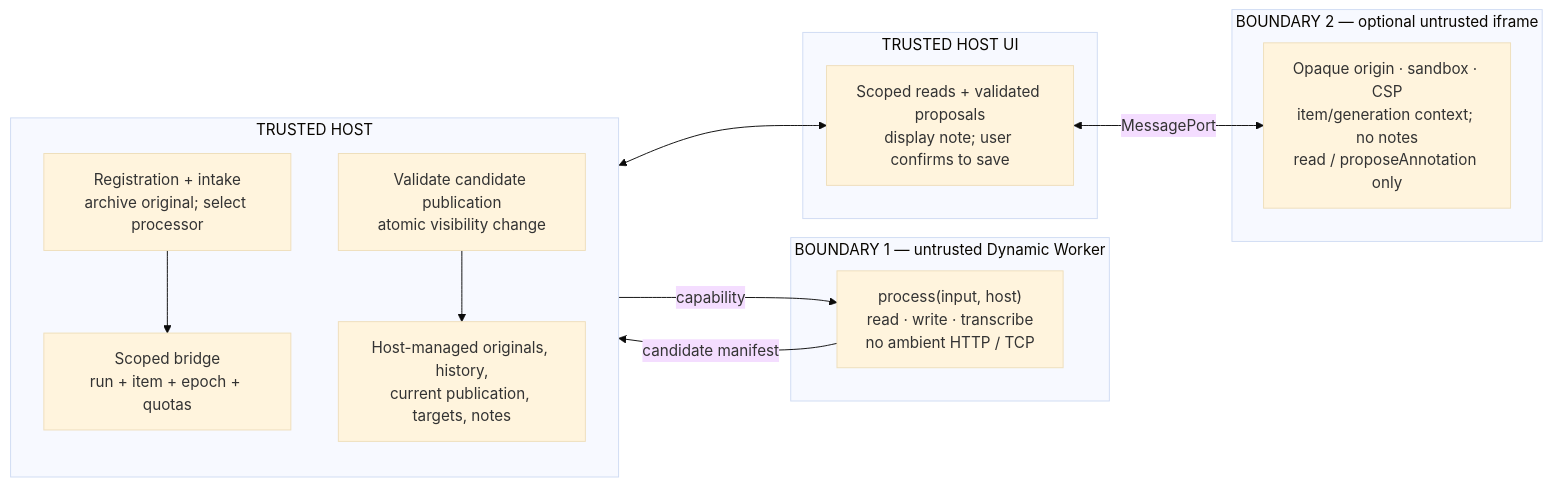
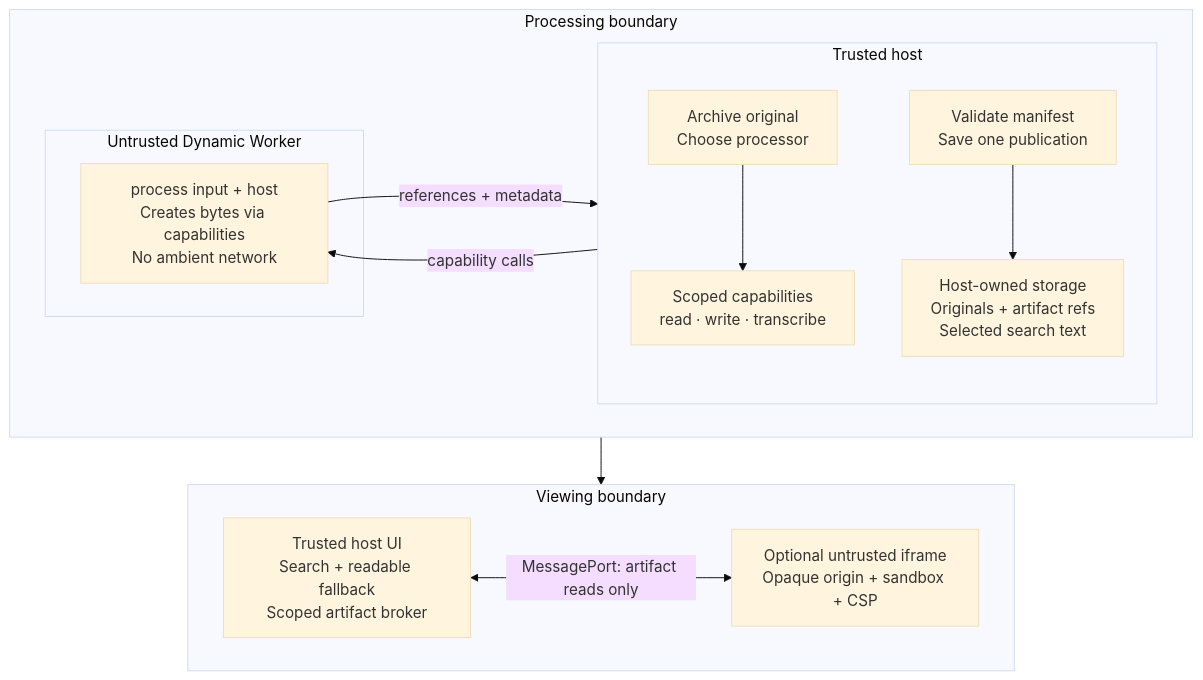
The diagram in docs/diagrams/authority-boundaries.mmd (jmorrell/ubiquitous-carnival), drawn with Mermaid (base theme) before and after one commit. The commit also changed 41 other files, not shown here.

Commit message:
Simplify extension experiment to one publication and read-only views

```diff
--- a/docs/diagrams/authority-boundaries.mmd
+++ b/docs/diagrams/authority-boundaries.mmd
@@ -1,23 +1,25 @@
-flowchart LR
-  subgraph host["TRUSTED HOST"]
-    direction TB
-    intake["Registration + intake<br/>archive original; select processor"]
-    bridge["Scoped bridge<br/>run + item + epoch + quotas"]
-    publish["Validate candidate publication<br/>atomic visibility change"]
-    data["Host-managed originals, history,<br/>current publication, targets, notes"]
-    intake --> bridge
-    publish --> data
+flowchart TB
+  subgraph BACK[Processing boundary]
+    direction LR
+    subgraph HOST[Trusted host]
+      direction TB
+      A[Archive original<br/>Choose processor]
+      C[Scoped capabilities<br/>read · write · transcribe]
+      V[Validate manifest<br/>Save one publication]
+      S[Host-owned storage<br/>Originals + artifact refs<br/>Selected search text]
+      A --> C
+      V --> S
+    end
+    subgraph WORKER[Untrusted Dynamic Worker]
+      P[process input + host<br/>Creates bytes via capabilities<br/>No ambient network]
+    end
+    C -->|capability calls| P
+    P -->|references + metadata| V
   end
-  subgraph worker["BOUNDARY 1 — untrusted Dynamic Worker"]
-    processor["process(input, host)<br/>read · write · transcribe<br/>no ambient HTTP / TCP"]
+  subgraph FRONT[Viewing boundary]
+    direction LR
+    U[Trusted host UI<br/>Search + readable fallback<br/>Scoped artifact broker]
+    I[Optional untrusted iframe<br/>Opaque origin + sandbox + CSP]
+    U <-->|MessagePort: artifact reads only| I
   end
-  bridge -->|"capability"| processor
-  processor -->|"candidate manifest"| publish
-  subgraph trustedui["TRUSTED HOST UI"]
-    ui["Scoped reads + validated proposals<br/>display note; user confirms to save"]
-  end
-  subgraph component["BOUNDARY 2 — optional untrusted iframe"]
-    viewer["Opaque origin · sandbox · CSP<br/>item/generation context; no notes<br/>read / proposeAnnotation only"]
-  end
-  ui <-->|"MessagePort"| viewer
-  data <--> ui
+  S --> U
```
